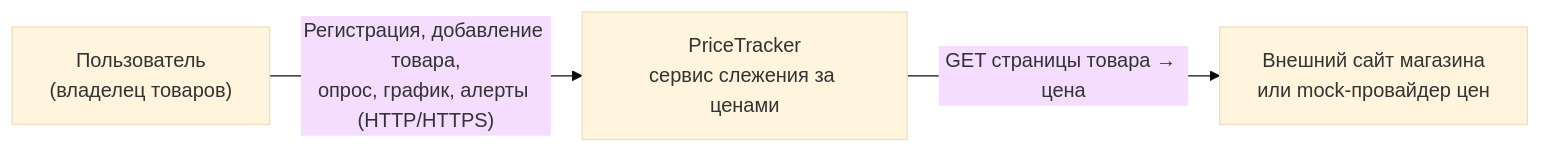
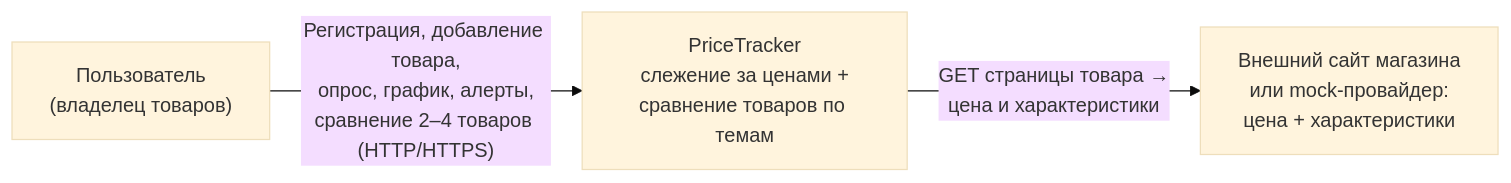
The first of 4 diagrams in docs/c4.md (brawlat12344-ops/pricetracker), drawn with Mermaid (base theme) before and after one commit. The commit also changed other lines of this file and 30 other files, not shown here.

````diff
--- a/docs/c4.md
+++ b/docs/c4.md
@@ -10,9 +10,9 @@
 ```mermaid
 flowchart LR
     U["Пользователь<br/>(владелец товаров)"]
-    PT["PriceTracker<br/>сервис слежения за ценами"]
-    EXT["Внешний сайт магазина<br/>или mock-провайдер цен"]
+    PT["PriceTracker<br/>слежение за ценами +<br/>сравнение товаров по темам"]
+    EXT["Внешний сайт магазина<br/>или mock-провайдер:<br/>цена + характеристики"]
 
-    U -->|"Регистрация, добавление товара,<br/>опрос, график, алерты (HTTP/HTTPS)"| PT
-    PT -->|"GET страницы товара → цена"| EXT
+    U -->|"Регистрация, добавление товара,<br/>опрос, график, алерты,<br/>сравнение 2–4 товаров (HTTP/HTTPS)"| PT
+    PT -->|"GET страницы товара →<br/>цена и характеристики"| EXT
 ```
````
